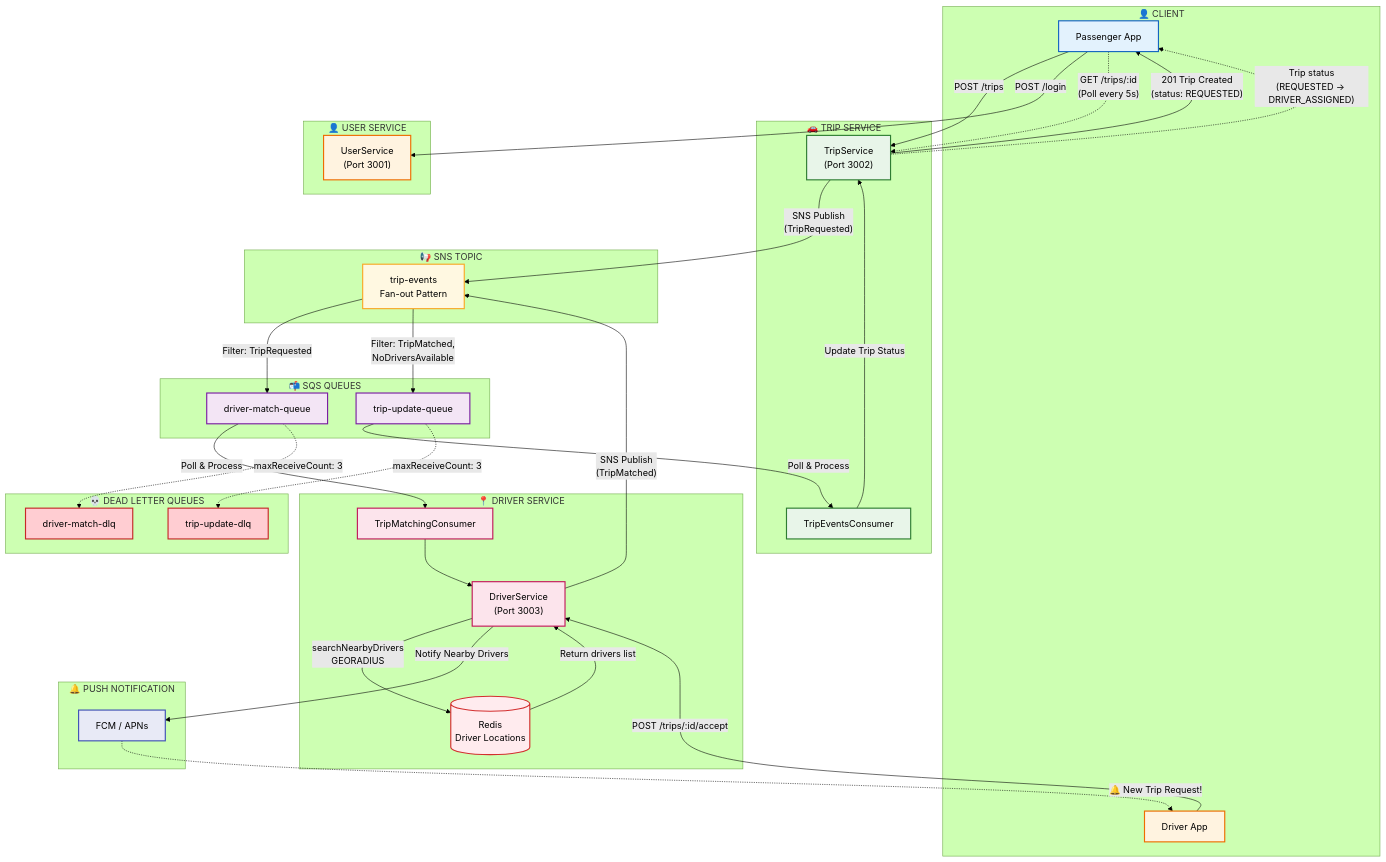
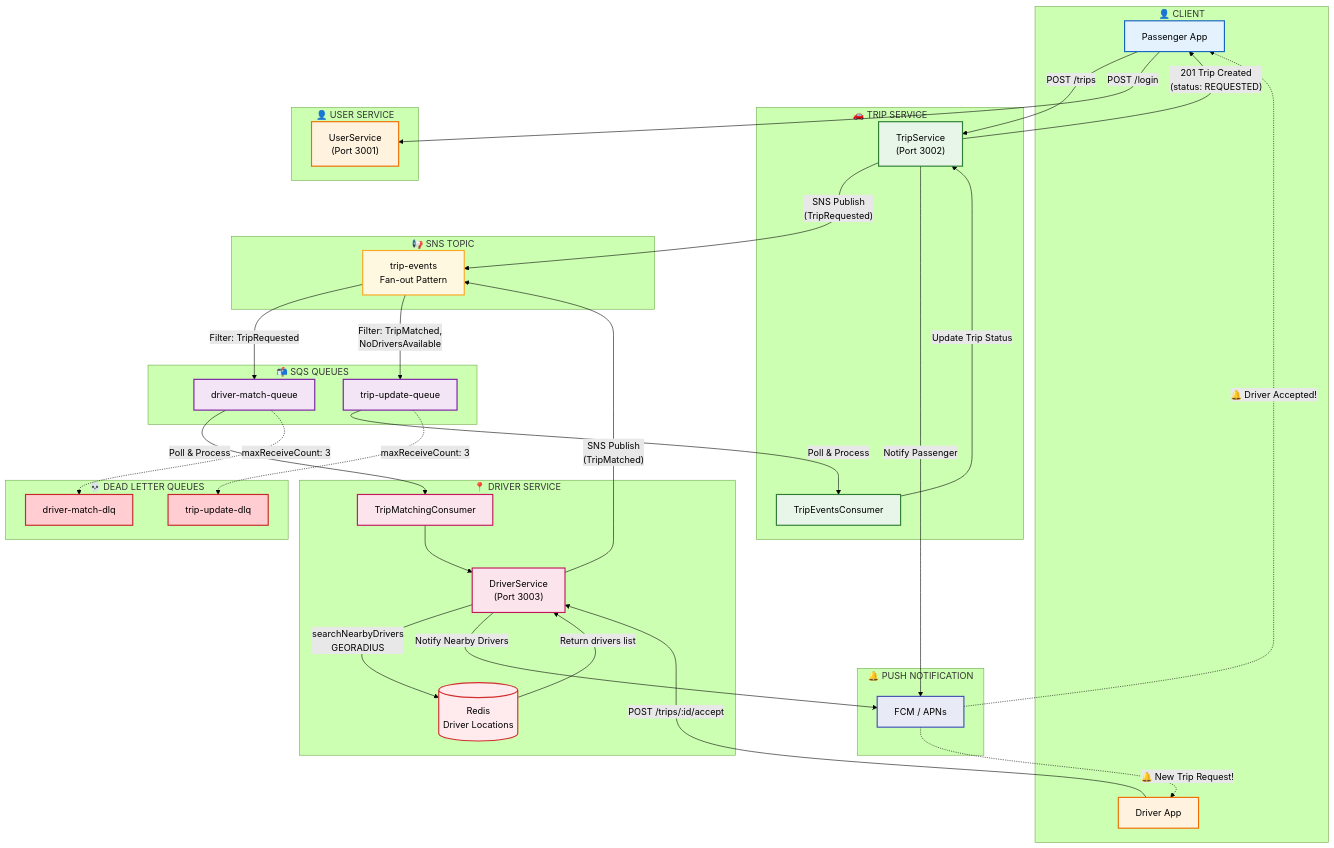
The first of 2 diagrams in docs/architecture/diagrams/sns-sqs-booking-flow.md (dieuxuanhien/uit-go-se360), drawn with Mermaid (forest theme) before and after one commit. The commit also changed other lines of this file, not shown here.

```diff
--- a/docs/architecture/diagrams/sns-sqs-booking-flow.md
+++ b/docs/architecture/diagrams/sns-sqs-booking-flow.md
@@ -53,10 +53,6 @@
     Passenger -->|"POST /login"| US
     TS -->|"201 Trip Created<br/>(status: REQUESTED)"| Passenger
 
-    %% Passenger polls for status updates (every 5s)
-    Passenger -.->|"GET /trips/:id<br/>(Poll every 5s)"| TS
-    TS -.->|"Trip status<br/>(REQUESTED → DRIVER_ASSIGNED)"| Passenger
-
     %% TripService publishes TripRequested to SNS
     TS -->|"SNS Publish<br/>(TripRequested)"| SNS
 
@@ -83,6 +79,10 @@
     %% TripService polls trip-update-queue
     Q2 -->|"Poll & Process"| TEC
     TEC -->|"Update Trip Status"| TS
+
+    %% Notify Passenger when driver accepts
+    TS -->|"Notify Passenger"| Push
+    Push -.->|"🔔 Driver Accepted!"| Passenger
 
     %% DLQ connections
     Q1 -.->|"maxReceiveCount: 3"| DLQ1
```
